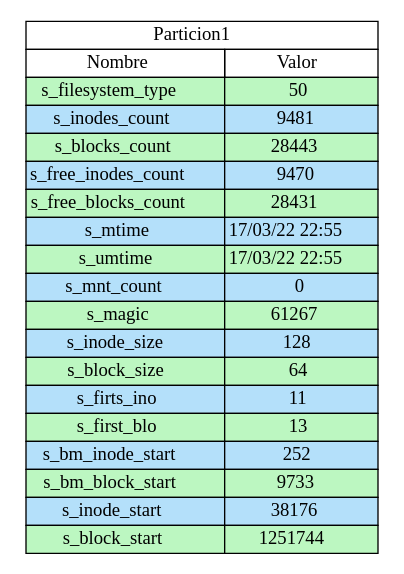
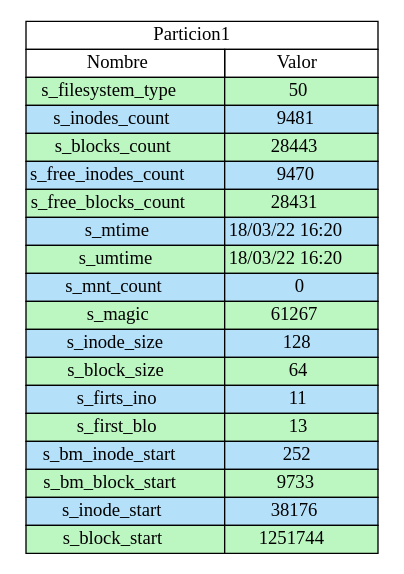
Before and after one commit to 2730538920101/P1_MIA_201709282: the diagram in superb_report.dot, drawn with Graphviz. The commit also changed 7 other files, not shown here.

```diff
--- a/superb_report.dot
+++ b/superb_report.dot
@@ -1,28 +1,28 @@
 digraph {
 tbl [
 shape=plaintext
  label=<
 <table border='0' cellborder='1' cellspacing='0'>
 <tr><td colspan="3">Particion1</td></tr>
 <th><td>Nombre</td><td>Valor</td></th>
 <tr><td bgcolor="#bcf7c1">s_filesystem_type</td><td bgcolor="#bcf7c1">50</td></tr>
 <tr><td bgcolor="#b4e0fa">s_inodes_count</td><td bgcolor="#b4e0fa">9481</td></tr>
 <tr><td bgcolor="#bcf7c1">s_blocks_count</td><td bgcolor="#bcf7c1">28443</td></tr>
 <tr><td bgcolor="#b4e0fa">s_free_inodes_count</td><td bgcolor="#b4e0fa">9470</td></tr>
 <tr><td bgcolor="#bcf7c1">s_free_blocks_count</td><td bgcolor="#bcf7c1">28431</td></tr>
-<tr><td bgcolor="#b4e0fa">s_mtime</td><td bgcolor="#b4e0fa">17/03/22 22:55</td></tr>
-<tr><td bgcolor="#bcf7c1">s_umtime</td><td bgcolor="#bcf7c1">17/03/22 22:55</td></tr>
+<tr><td bgcolor="#b4e0fa">s_mtime</td><td bgcolor="#b4e0fa">18/03/22 16:20</td></tr>
+<tr><td bgcolor="#bcf7c1">s_umtime</td><td bgcolor="#bcf7c1">18/03/22 16:20</td></tr>
 <tr><td bgcolor="#b4e0fa">s_mnt_count</td><td bgcolor="#b4e0fa">0</td></tr>
 <tr><td bgcolor="#bcf7c1">s_magic</td><td bgcolor="#bcf7c1">61267</td></tr>
 <tr><td bgcolor="#b4e0fa">s_inode_size</td><td bgcolor="#b4e0fa">128</td></tr>
 <tr><td bgcolor="#bcf7c1">s_block_size</td><td bgcolor="#bcf7c1">64</td></tr>
 <tr><td bgcolor="#b4e0fa">s_firts_ino</td><td bgcolor="#b4e0fa">11</td></tr>
 <tr><td bgcolor="#bcf7c1">s_first_blo</td><td bgcolor="#bcf7c1">13</td></tr>
 <tr><td bgcolor="#b4e0fa">s_bm_inode_start</td><td bgcolor="#b4e0fa">252</td></tr>
 <tr><td bgcolor="#bcf7c1">s_bm_block_start</td><td bgcolor="#bcf7c1">9733</td></tr>
 <tr><td bgcolor="#b4e0fa">s_inode_start</td><td bgcolor="#b4e0fa">38176</td></tr>
 <tr><td bgcolor="#bcf7c1">s_block_start</td><td bgcolor="#bcf7c1">1251744</td></tr>
 </table>
 >];
 
 }
```
